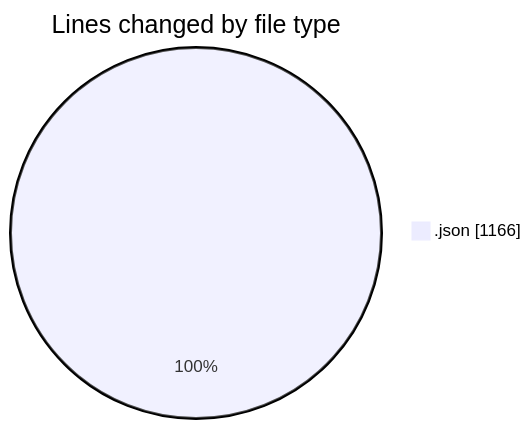
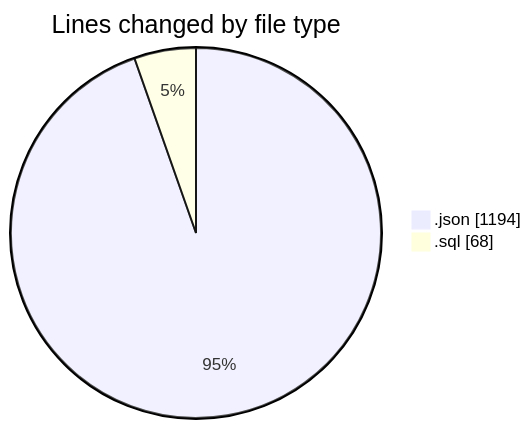
One commit to ricardozamudiocil/code-tracking changed the first of 2 diagrams in 2026-06-16/cilapp/README.md. Above: the diagram before and after it, drawn with Mermaid. The commit also changed other lines of this file and 1 other file, not shown here.

````diff
--- a/2026-06-16/cilapp/README.md
+++ b/2026-06-16/cilapp/README.md
@@ -20,5 +21,6 @@
 ```mermaid
 pie showData
 title Lines changed by file type
-".json" : 1166
+".json" : 1194
+".sql" : 68
 ```
````
